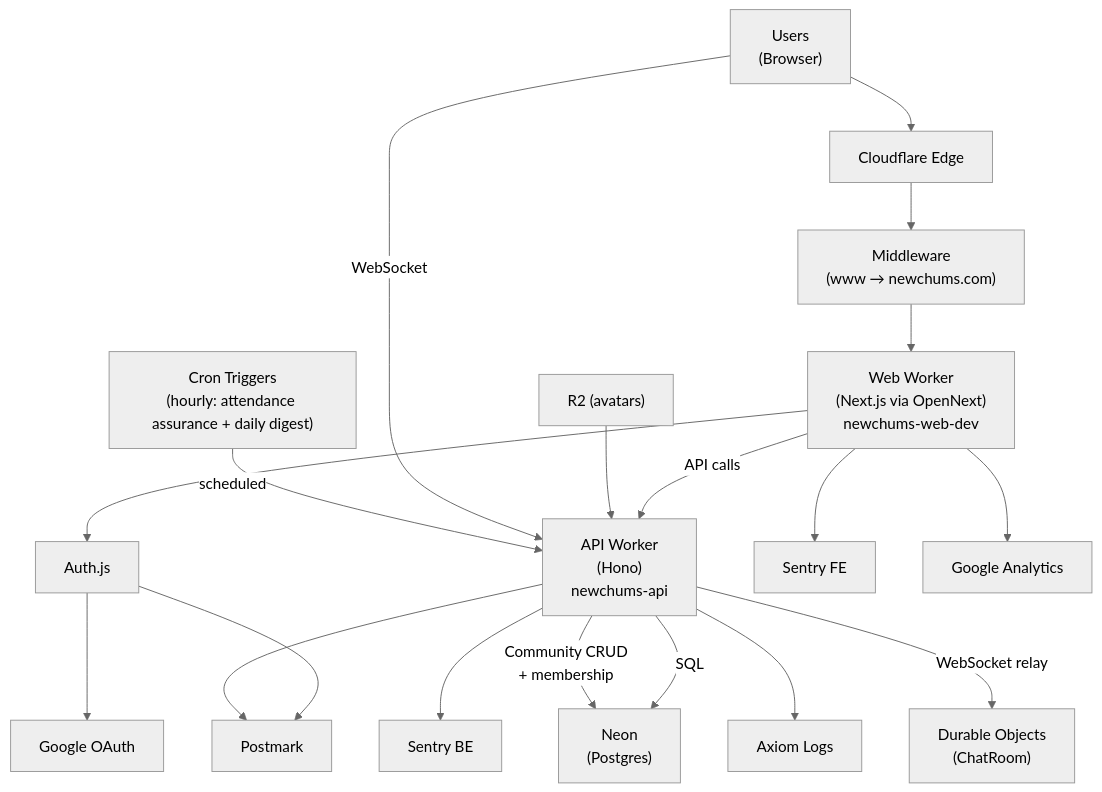
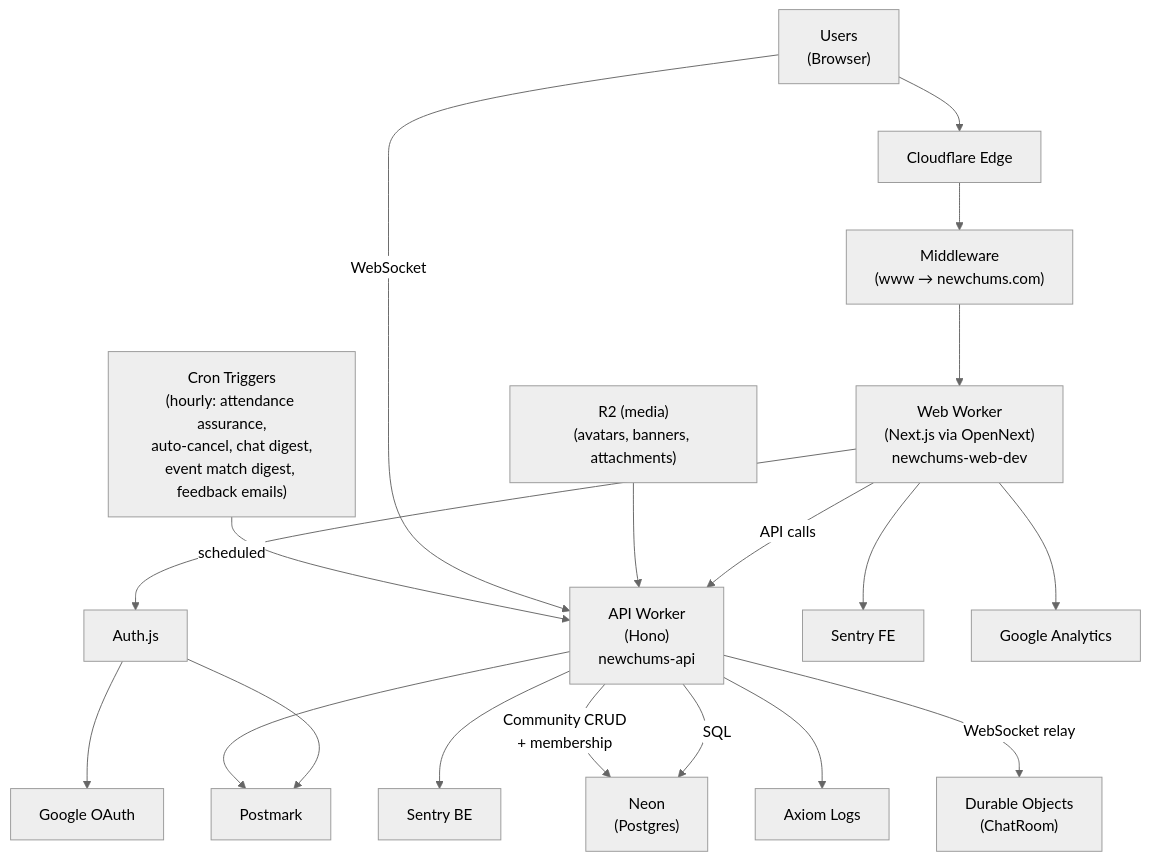
One commit to RSS705/newchums changed the fourth of 4 diagrams in docs/System_Map.md. Above: the diagram before and after it, drawn with Mermaid (neutral theme). The commit also changed other lines of this file and 43 other files, not shown here.

````diff
--- a/docs/System_Map.md
+++ b/docs/System_Map.md
@@ -299,27 +330,27 @@
 ```mermaid
 flowchart TB
   U["Users<br/>(Browser)"] --> CF["Cloudflare Edge"]
   CF --> MW["Middleware<br/>(www → newchums.com)"]
   MW --> W["Web Worker<br/>(Next.js via OpenNext)<br/>newchums-web-dev"]
 
   W -->|"API calls"| API["API Worker<br/>(Hono)<br/>newchums-api"]
   API -->|"SQL"| DB["Neon<br/>(Postgres)"]
 
   W --> AUTH["Auth.js"]
   AUTH --> GOOGLE["Google OAuth"]
   AUTH --> PM["Postmark"]
 
   API --> PM
 
   W --> SENTRY_FE["Sentry FE"]
   API --> SENTRY_BE["Sentry BE"]
   API --> AX["Axiom Logs"]
   W --> GA["Google Analytics"]
 
-  R2["R2 (avatars)"] --> API
+  R2["R2 (media)<br/>(avatars, banners, attachments)"] --> API
   API -->|"WebSocket relay"| DO["Durable Objects<br/>(ChatRoom)"]
   U -->|"WebSocket"| API
-  CRON["Cron Triggers<br/>(hourly: attendance assurance + daily digest)"] -->|"scheduled"| API
+  CRON["Cron Triggers<br/>(hourly: attendance assurance,<br/>auto-cancel, chat digest,<br/>event match digest, feedback emails)"] -->|"scheduled"| API
 
   API -->|"Community CRUD<br/>+ membership"| DB
 ```
````
